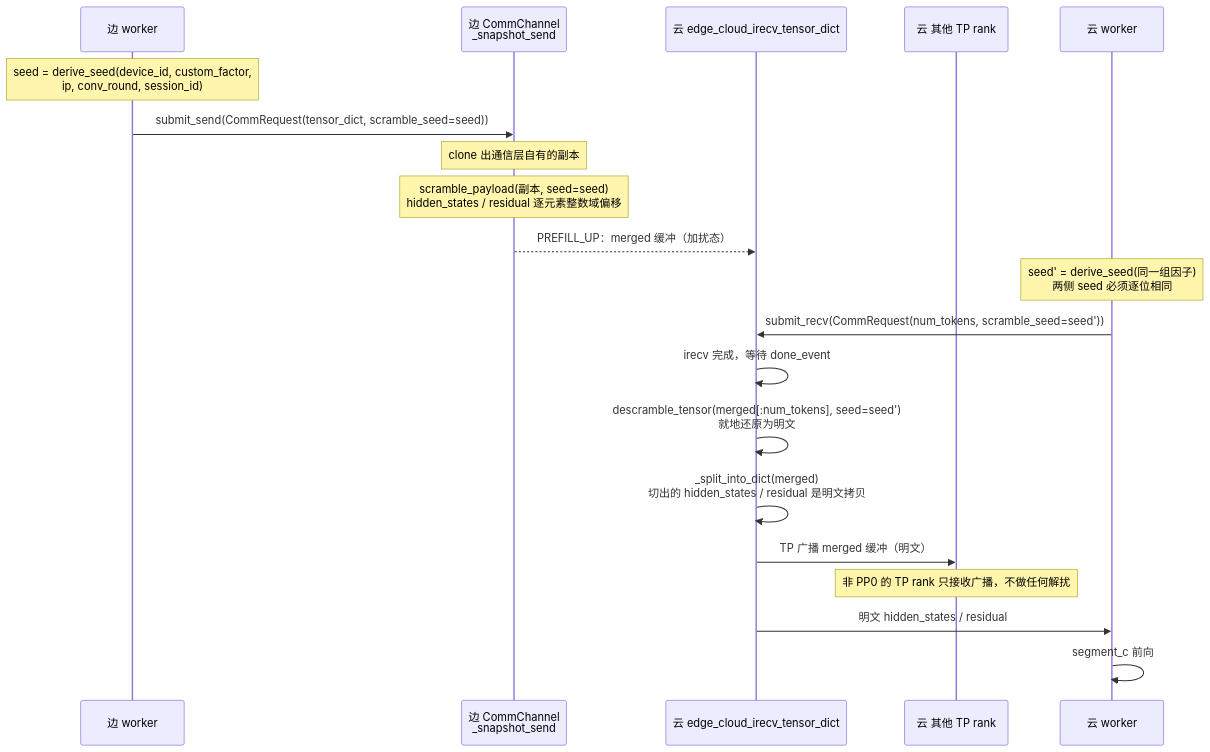
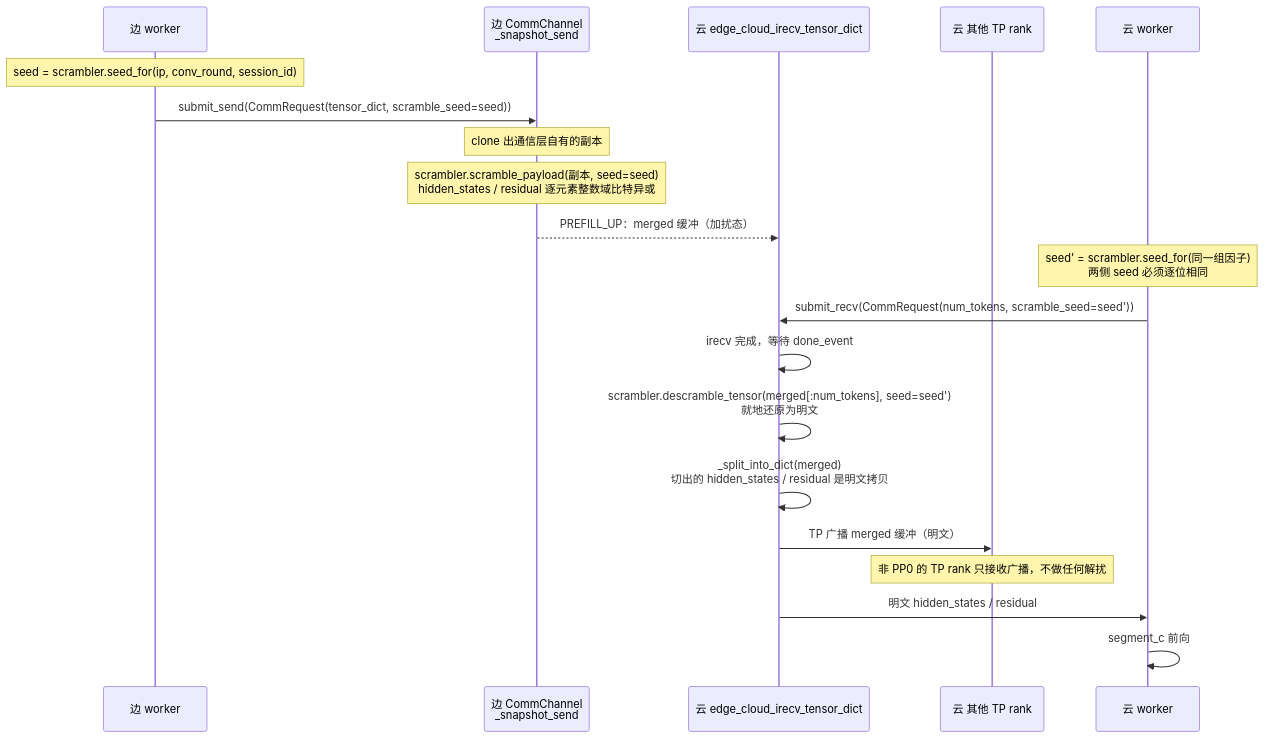
The second of 3 diagrams in vllm/加扰与解扰.md (fei-cn-xie/blog-repo), drawn with Mermaid before and after one commit. The commit also changed other lines of this file, not shown here.

````diff
--- a/vllm/加扰与解扰.md
+++ b/vllm/加扰与解扰.md
@@ -637,23 +792,23 @@
 ```mermaid
 sequenceDiagram
     participant EW as 边 worker
     participant ECH as 边 CommChannel<br/>_snapshot_send
     participant CIR as 云 edge_cloud_irecv_tensor_dict
     participant CTP as 云 其他 TP rank
     participant CW as 云 worker
 
-    Note over EW: seed = derive_seed(device_id, custom_factor,<br/>ip, conv_round, session_id)
+    Note over EW: seed = scrambler.seed_for(ip, conv_round, session_id)
     EW->>ECH: submit_send(CommRequest(tensor_dict, scramble_seed=seed))
     Note over ECH: clone 出通信层自有的副本
-    Note over ECH: scramble_payload(副本, seed=seed)<br/>hidden_states / residual 逐元素整数域偏移
+    Note over ECH: scrambler.scramble_payload(副本, seed=seed)<br/>hidden_states / residual 逐元素整数域比特异或
     ECH-->>CIR: PREFILL_UP：merged 缓冲（加扰态）
-    Note over CW: seed' = derive_seed(同一组因子)<br/>两侧 seed 必须逐位相同
+    Note over CW: seed' = scrambler.seed_for(同一组因子)<br/>两侧 seed 必须逐位相同
     CW->>CIR: submit_recv(CommRequest(num_tokens, scramble_seed=seed'))
     CIR->>CIR: irecv 完成，等待 done_event
-    CIR->>CIR: descramble_tensor(merged[:num_tokens], seed=seed')<br/>就地还原为明文
+    CIR->>CIR: scrambler.descramble_tensor(merged[:num_tokens], seed=seed')<br/>就地还原为明文
     CIR->>CIR: _split_into_dict(merged)<br/>切出的 hidden_states / residual 是明文拷贝
     CIR->>CTP: TP 广播 merged 缓冲（明文）
     Note over CTP: 非 PP0 的 TP rank 只接收广播，不做任何解扰
     CIR->>CW: 明文 hidden_states / residual
     CW->>CW: segment_c 前向
 ```
````
